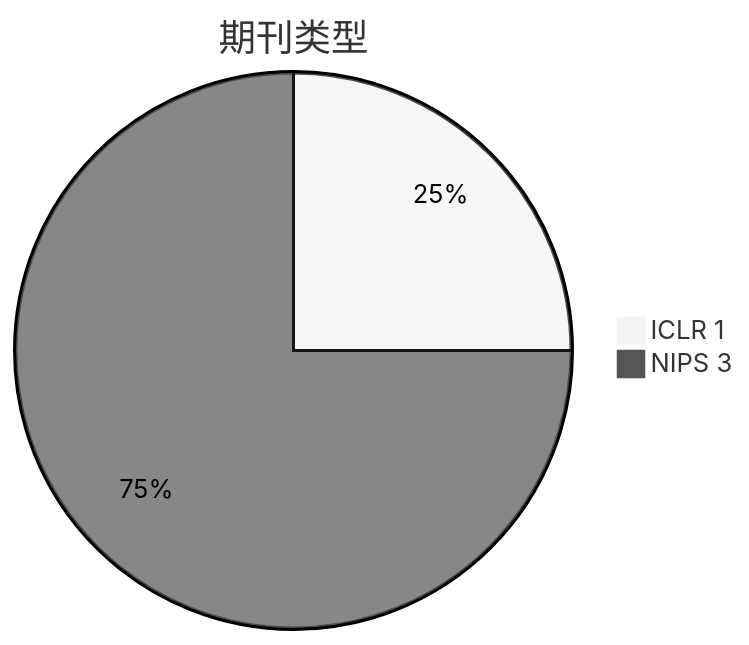
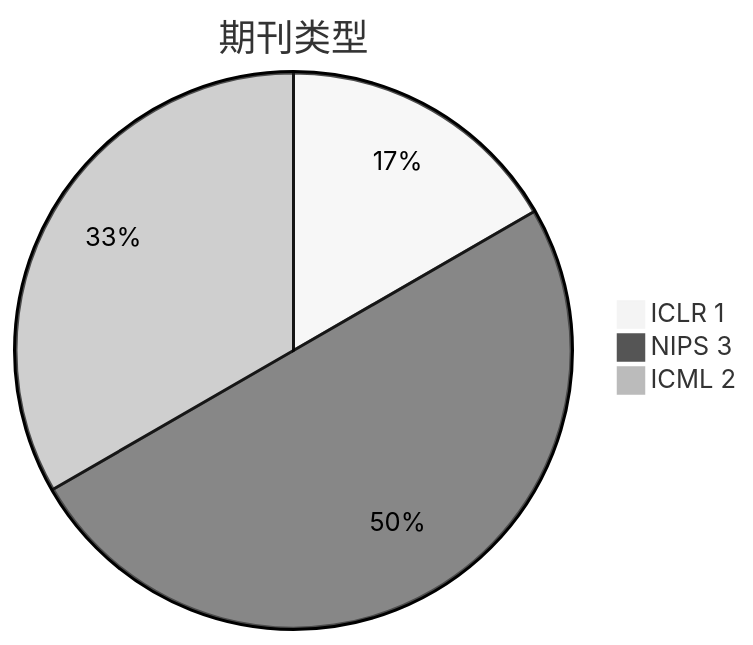
One commit to Elephant-King9/Paper changed the second of 4 diagrams in Base_Model/GAN+VAE+Diffusion/analyse.md. Above: the diagram before and after it, drawn with Mermaid (neutral theme). The commit also changed other lines of this file and 6 other files, not shown here.

````diff
--- a/Base_Model/GAN+VAE+Diffusion/analyse.md
+++ b/Base_Model/GAN+VAE+Diffusion/analyse.md
@@ -24,5 +29,6 @@
 ```mermaid
 pie title 期刊类型
     "ICLR 1" : 1
     "NIPS 3" : 3
+    "ICML 2" : 2
 ```
````
